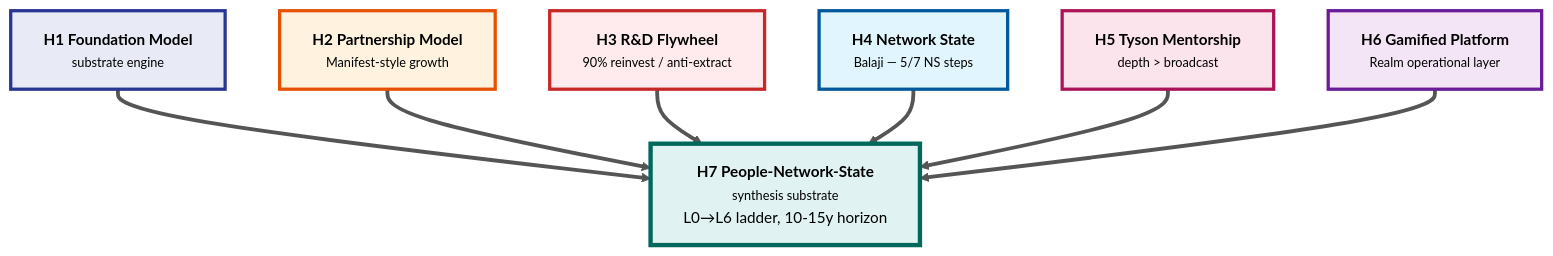
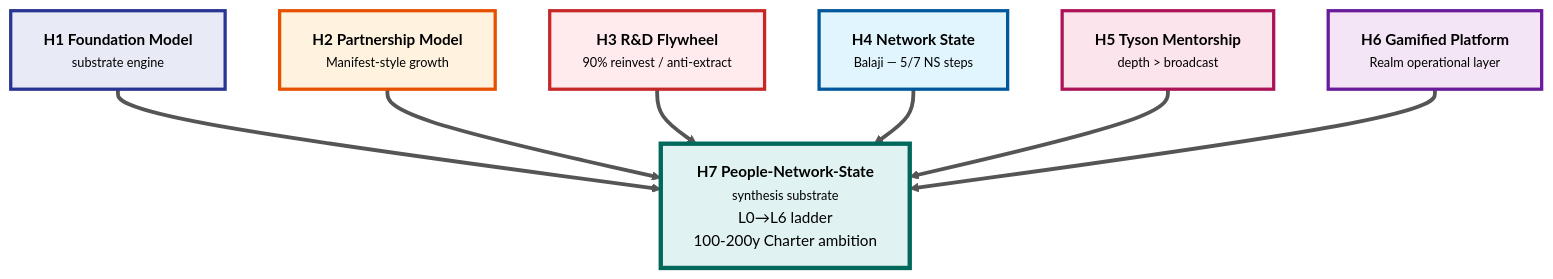
Before and after one commit to Bogersebekov/jetix-os: the second of 3 diagrams in decisions/JETIX-FIRST-CLAN-CHARTER-2026-05-12.md, drawn with Mermaid. The commit also changed other lines of this file and 1 other file, not shown here.

````diff
--- a/decisions/JETIX-FIRST-CLAN-CHARTER-2026-05-12.md
+++ b/decisions/JETIX-FIRST-CLAN-CHARTER-2026-05-12.md
@@ -406,31 +456,31 @@
 ```mermaid
 %%{init: {'theme':'base', 'themeVariables': {'primaryColor':'#fff8e1', 'primaryTextColor':'#000', 'primaryBorderColor':'#f57c00', 'lineColor':'#555', 'fontFamily':'Inter, system-ui, sans-serif', 'fontSize':'14px'}}}%%
 flowchart TB
     %% --- Six Hexagon insights ---
     H1["<b>H1 Foundation Model</b><br/><small>substrate engine</small>"]:::substrate
     H2["<b>H2 Partnership Model</b><br/><small>Manifest-style growth</small>"]:::tools
     H3["<b>H3 R&amp;D Flywheel</b><br/><small>90% reinvest / anti-extract</small>"]:::guard
     H4["<b>H4 Network State</b><br/><small>Balaji — 5/7 NS steps</small>"]:::phone
     H5["<b>H5 Tyson Mentorship</b><br/><small>depth &gt; broadcast</small>"]:::master
     H6["<b>H6 Gamified Platform</b><br/><small>Realm operational layer</small>"]:::auto
 
     %% --- Heptagon synthesis ---
-    H7["<b>H7 People-Network-State</b><br/><small>synthesis substrate</small><br/>L0→L6 ladder, 10-15y horizon"]:::storage
+    H7["<b>H7 People-Network-State</b><br/><small>synthesis substrate</small><br/>L0→L6 ladder<br/>100-200y Charter ambition"]:::storage
 
     %% --- Edges ---
     H1 ==> H7
     H2 ==> H7
     H3 ==> H7
     H4 ==> H7
     H5 ==> H7
     H6 ==> H7
 
     %% --- classDef ---
     classDef substrate fill:#e8eaf6,stroke:#283593,stroke-width:3px,color:#000
     classDef tools fill:#fff3e0,stroke:#e65100,stroke-width:3px,color:#000
     classDef guard fill:#ffebee,stroke:#c62828,stroke-width:3px,color:#000
     classDef phone fill:#e1f5fe,stroke:#01579b,stroke-width:3px,color:#000
     classDef master fill:#fce4ec,stroke:#ad1457,stroke-width:3px,color:#000
     classDef auto fill:#f3e5f5,stroke:#6a1b9a,stroke-width:3px,color:#000
     classDef storage fill:#e0f2f1,stroke:#00695c,stroke-width:4px,color:#000
 ```
````
